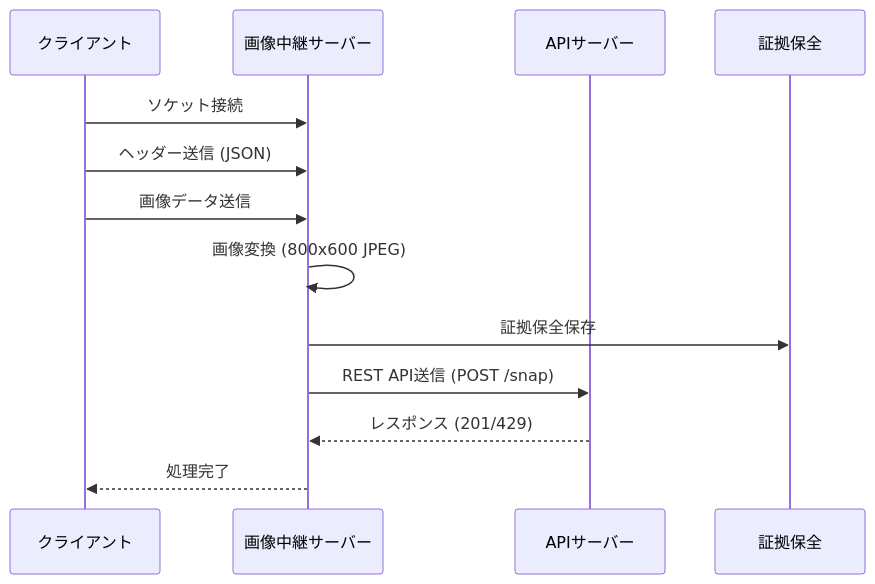
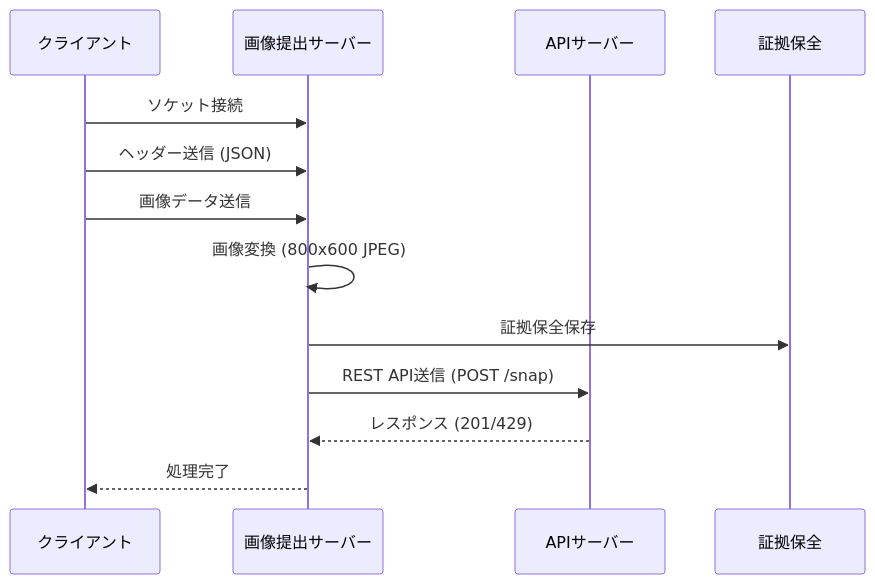
The first of 4 diagrams in recv_img/DESIGN.md (mhikichi-nkhs-gmail/opencv_monitor), drawn with Mermaid before and after one commit. The commit also changed other lines of this file and 6 other files, not shown here.

Commit message:
システム名称を「画像中継サーバー」から「画像提出サーバー」に変更

````diff
--- a/recv_img/DESIGN.md
+++ b/recv_img/DESIGN.md
@@ -41,16 +41,16 @@
 ```mermaid
 sequenceDiagram
     participant Client as クライアント
-    participant Server as 画像中継サーバー
+    participant Server as 画像提出サーバー
     participant API as APIサーバー
     participant Storage as 証拠保全
 
     Client->>Server: ソケット接続
     Client->>Server: ヘッダー送信 (JSON)
     Client->>Server: 画像データ送信
     Server->>Server: 画像変換 (800x600 JPEG)
     Server->>Storage: 証拠保全保存
     Server->>API: REST API送信 (POST /snap)
     API-->>Server: レスポンス (201/429)
     Server-->>Client: 処理完了
 ```
````
